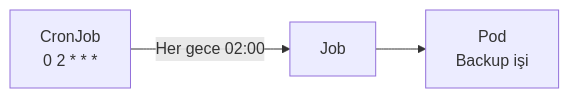
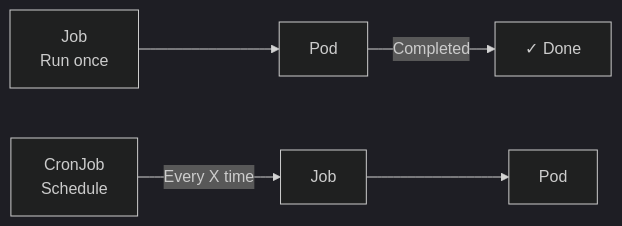
The diagram in labs/lab-07-jobs-cronjobs.md (uzunenes/CKAD), drawn with Mermaid before and after one commit. The commit also changed other lines of this file and 15 other files, not shown here.

Commit message:
🌍 Complete English translation - All 17 labs translated with dark mermaid themes

````diff
--- a/labs/lab-07-jobs-cronjobs.md
+++ b/labs/lab-07-jobs-cronjobs.md
@@ -178,5 +13,9 @@
 ```mermaid
+%%{init: {'theme': 'dark'}}%%
 graph LR
-    CRON[CronJob<br/>0 2 * * *] --> |Her gece 02:00| JOB[Job]
-    JOB --> POD[Pod<br/>Backup işi]
+    JOB[Job<br/>Run once] --> POD1[Pod]
+    POD1 --> |Completed| DONE[✓ Done]
+    
+    CRON[CronJob<br/>Schedule] --> |Every X time| JOB2[Job]
+    JOB2 --> POD2[Pod]
 ```
````
